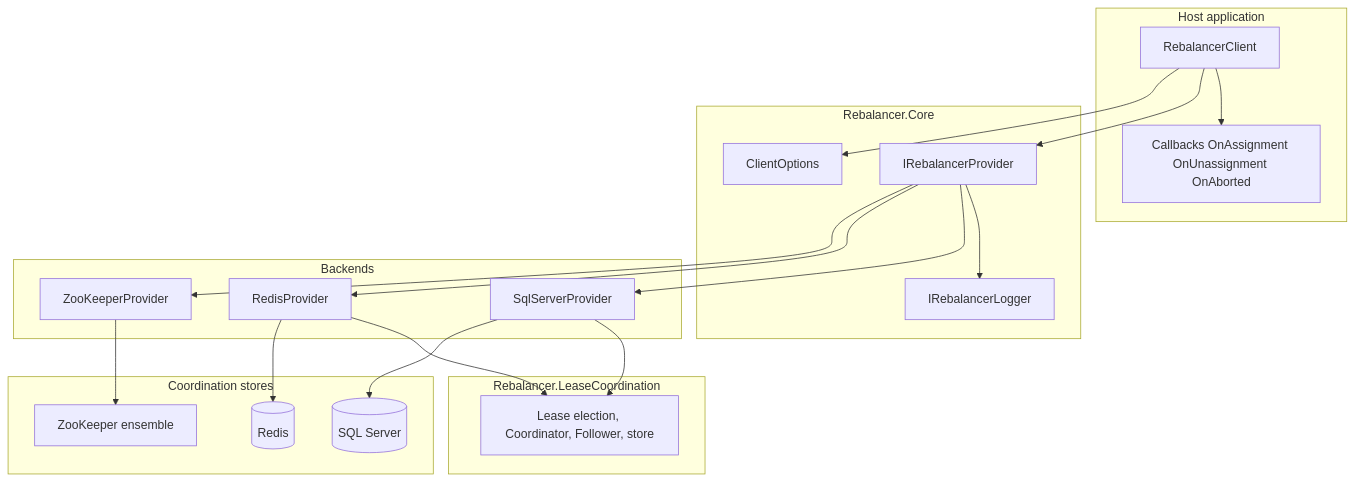
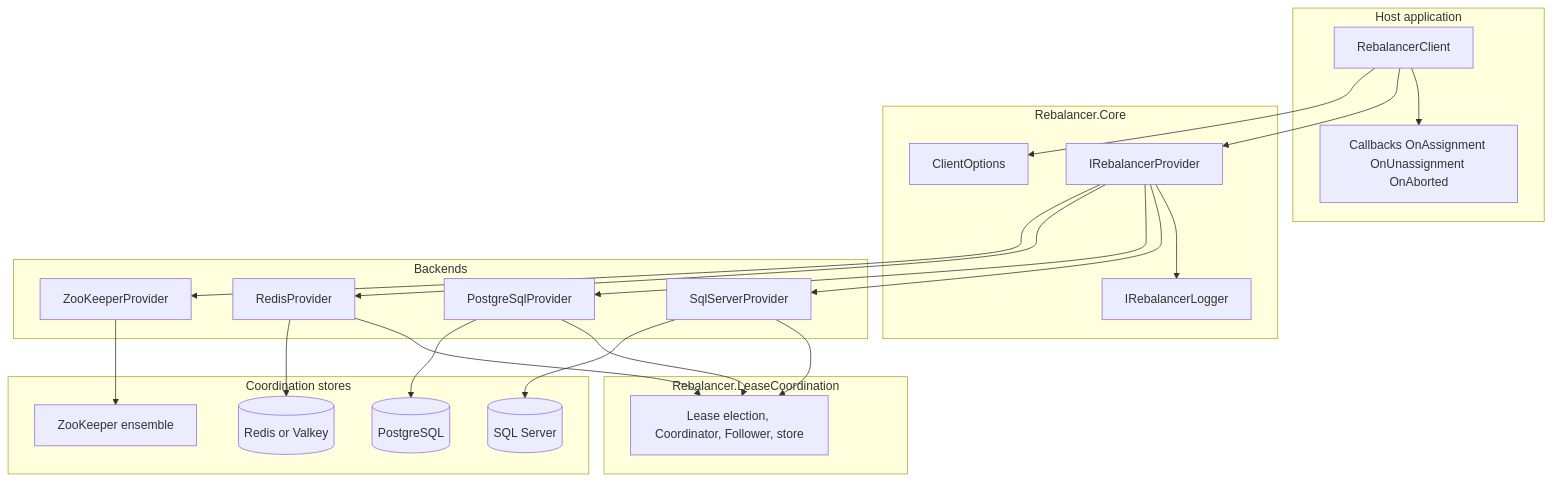
Before and after one commit to dradoaica/Rebalancer: the diagram in docs/architecture/rebalancer-overview.md, drawn with Mermaid. The commit also changed other lines of this file and 63 other files, not shown here.

First line of the commit message:
feat: PostgreSQL backend (ADR-0030, US-0026) and Valkey support (ADR-0031, US-0025) for 5.0.0

````diff
--- a/docs/architecture/rebalancer-overview.md
+++ b/docs/architecture/rebalancer-overview.md
@@ -7,37 +7,42 @@
 ```mermaid
 flowchart TB
   subgraph host [Host application]
     RC[RebalancerClient]
     CB[Callbacks OnAssignment OnUnassignment OnAborted]
     RC --> CB
   end
   subgraph core [Rebalancer.Core]
     IP[IRebalancerProvider]
     OPT[ClientOptions]
     LOG[IRebalancerLogger]
   end
   RC --> IP
   RC --> OPT
   IP --> LOG
   subgraph backends [Backends]
     SS[SqlServerProvider]
+    PG[PostgreSqlProvider]
     RD[RedisProvider]
     ZK[ZooKeeperProvider]
   end
   IP --> SS
+  IP --> PG
   IP --> RD
   IP --> ZK
   subgraph lease [Rebalancer.LeaseCoordination]
     LC[Lease election, Coordinator, Follower, store]
   end
   SS --> LC
+  PG --> LC
   RD --> LC
   subgraph stores [Coordination stores]
     SQL[(SQL Server)]
-    RDIS[(Redis)]
+    PGS[(PostgreSQL)]
+    RDIS[(Redis or Valkey)]
     ZKN[ZooKeeper ensemble]
   end
   SS --> SQL
+  PG --> PGS
   RD --> RDIS
   ZK --> ZKN
 ```
````
